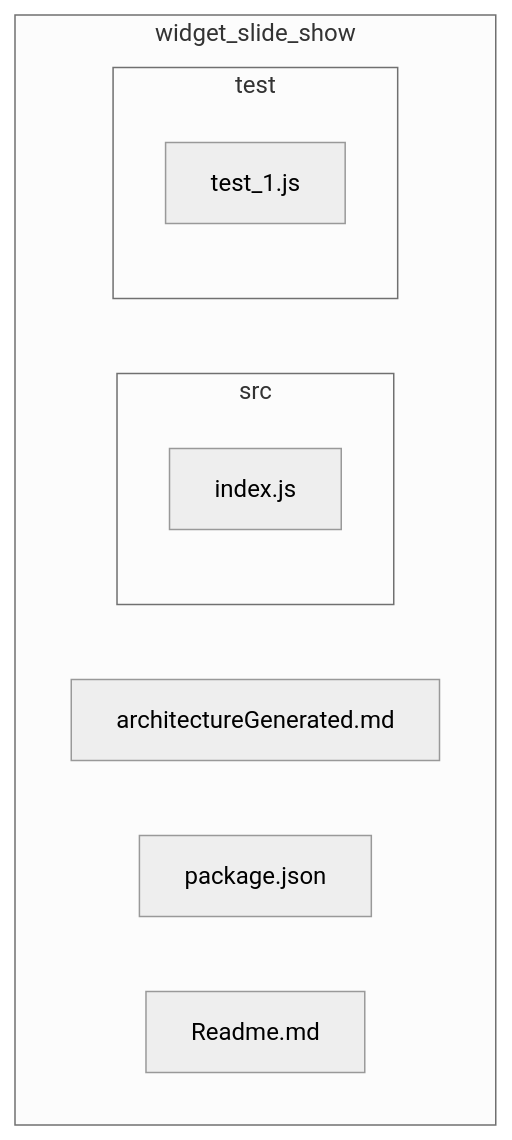
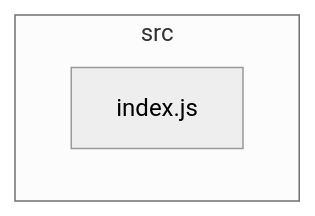
The diagram in packages/widget_slide_show/architectureGenerated.md (VCityTeam/UD-Viz), drawn with Mermaid (neutral theme) before and after one commit. The commit also changed 25 other files, not shown here.

Commit message:
update(doc):generate diagrams from *package*/src/

````diff
--- a/packages/widget_slide_show/architectureGenerated.md
+++ b/packages/widget_slide_show/architectureGenerated.md
@@ -1,14 +1,6 @@
 ```mermaid
 flowchart
- subgraph IDwidget5fslide5fshow["widget_slide_show"]
-  IDwidget5fslide5fshowArchitectureGenerated2emd["architectureGenerated.md"]
-  IDwidget5fslide5fshowPackage2ejson["package.json"]
-  IDwidget5fslide5fshowReadme2emd["Readme.md"]
-  subgraph IDwidget5fslide5fshowSrc["src"]
-   IDwidget5fslide5fshowSrcIndex2ejs["index.js"]
-  end
-  subgraph IDwidget5fslide5fshowTest["test"]
-   IDwidget5fslide5fshowTestTest5f12ejs["test_1.js"]
-  end
+ subgraph IDsrc["src"]
+  IDsrcIndex2ejs["index.js"]
  end
 ```
````
